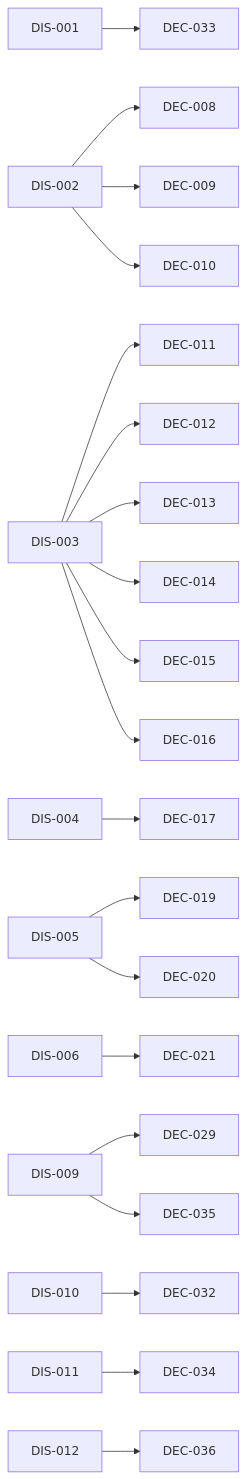
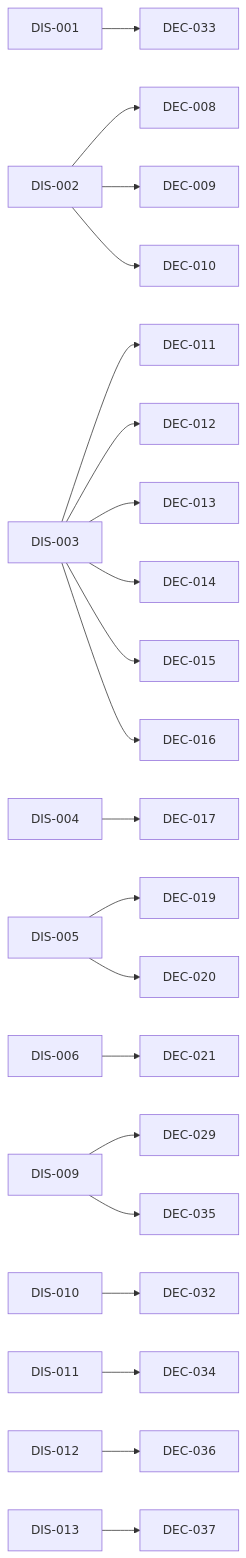
The diagram in INDEX.md (amartis/sonoai_research_notes), drawn with Mermaid before and after one commit. The commit also changed other lines of this file and 2 other files, not shown here.

Commit message:
DIS-013, DEC-037: cropper v2 tuned on the user's review, second TASK-032 project

````diff
--- a/INDEX.md
+++ b/INDEX.md
@@ -67,22 +69,23 @@
 ```mermaid
 flowchart LR
   DIS_001[DIS-001] --> DEC_033[DEC-033]
   DIS_002[DIS-002] --> DEC_008[DEC-008]
   DIS_002[DIS-002] --> DEC_009[DEC-009]
   DIS_002[DIS-002] --> DEC_010[DEC-010]
   DIS_003[DIS-003] --> DEC_011[DEC-011]
   DIS_003[DIS-003] --> DEC_012[DEC-012]
   DIS_003[DIS-003] --> DEC_013[DEC-013]
   DIS_003[DIS-003] --> DEC_014[DEC-014]
   DIS_003[DIS-003] --> DEC_015[DEC-015]
   DIS_003[DIS-003] --> DEC_016[DEC-016]
   DIS_004[DIS-004] --> DEC_017[DEC-017]
   DIS_005[DIS-005] --> DEC_019[DEC-019]
   DIS_005[DIS-005] --> DEC_020[DEC-020]
   DIS_006[DIS-006] --> DEC_021[DEC-021]
   DIS_009[DIS-009] --> DEC_029[DEC-029]
   DIS_009[DIS-009] --> DEC_035[DEC-035]
   DIS_010[DIS-010] --> DEC_032[DEC-032]
   DIS_011[DIS-011] --> DEC_034[DEC-034]
   DIS_012[DIS-012] --> DEC_036[DEC-036]
+  DIS_013[DIS-013] --> DEC_037[DEC-037]
 ```
````
